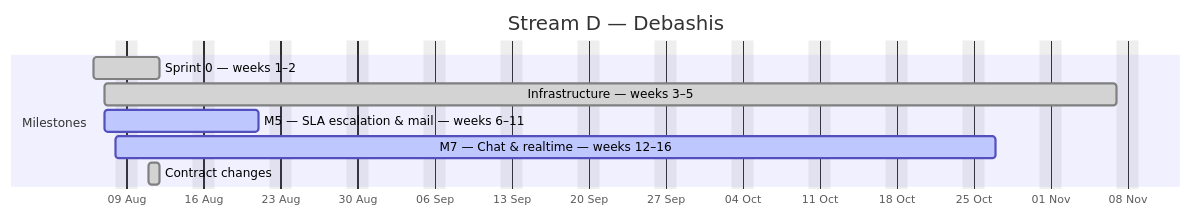
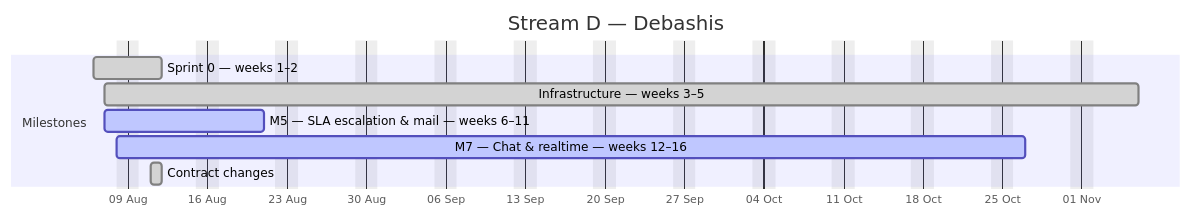
The fourth of 4 diagrams in docs/plan/GANTT.md (debashisedunext/EduTrack), drawn with Mermaid before and after one commit. The commit also changed other lines of this file and 3 other files, not shown here.

````diff
--- a/docs/plan/GANTT.md
+++ b/docs/plan/GANTT.md
@@ -158,13 +157,13 @@
 ```mermaid
 gantt
     dateFormat YYYY-MM-DD
     axisFormat %d %b
     title Stream D — Debashis
     excludes weekends
     section Milestones
     Sprint 0 — weeks 1–2 :done, d0, 2026-08-06, 4d
-    Infrastructure — weeks 3–5 :done, d1, 2026-08-07, 66d
+    Infrastructure — weeks 3–5 :done, d1, 2026-08-07, 65d
     M5 — SLA  escalation & mail — weeks 6–11 :active, d2, 2026-08-07, 10d
     M7 — Chat & realtime — weeks 12–16 :active, d3, 2026-08-08, 57d
     Contract changes :done, d4, 2026-08-11, 1d
 ```
````
